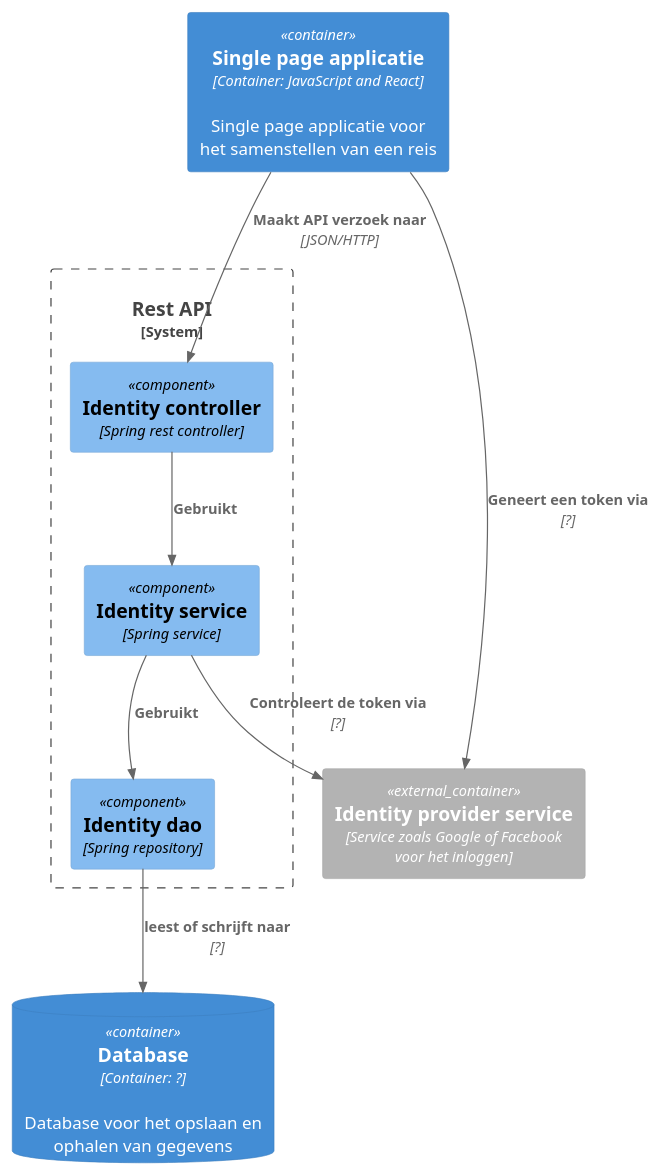
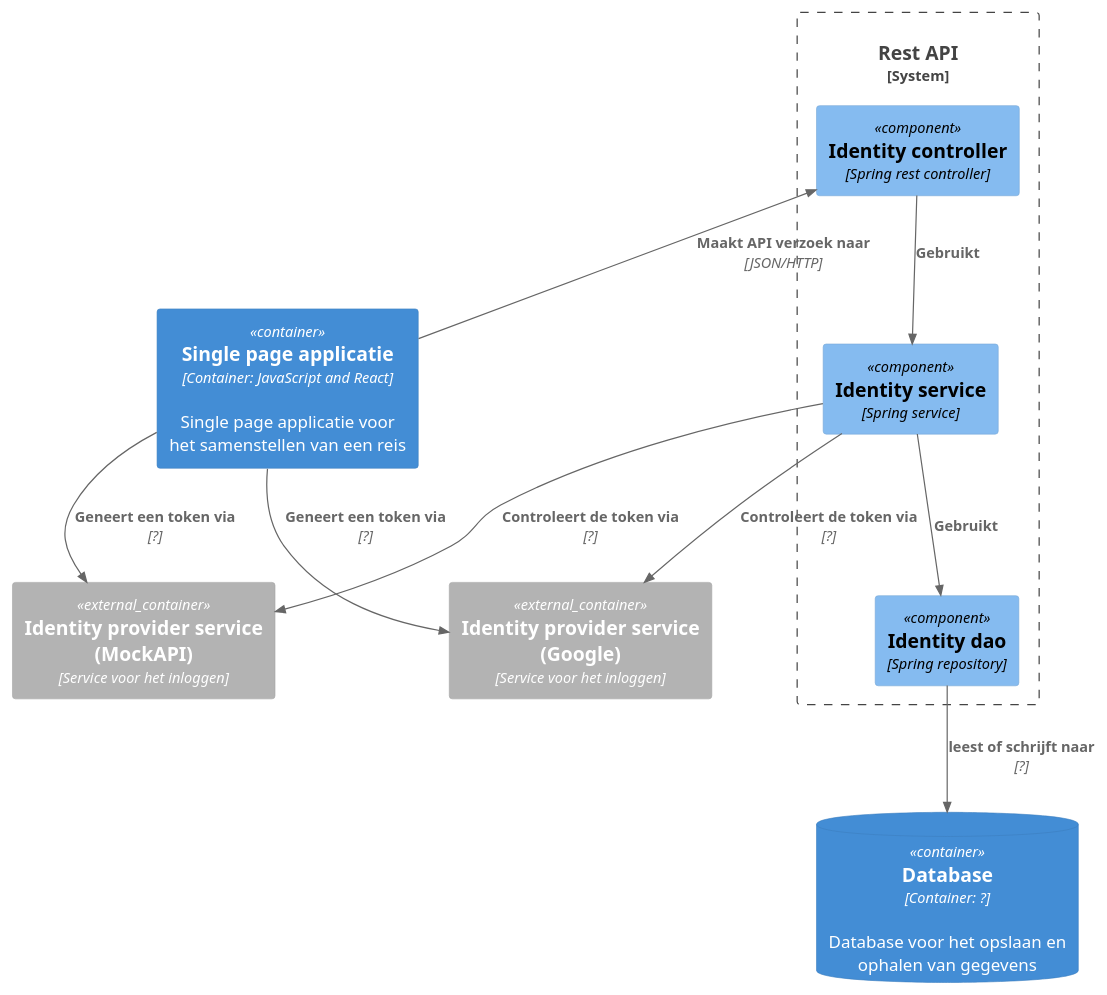
The diagram in opdracht-diagrammen/Les3-component.puml (AIM-ENE-feb25/triptop-de-broederbond-fgs), drawn with PlantUML before and after one commit. The commit also changed 3 other files, not shown here.

```diff
--- a/opdracht-diagrammen/Les3-component.puml
+++ b/opdracht-diagrammen/Les3-component.puml
@@ -1,27 +1,31 @@
 @startuml
 
 !include https://raw.githubusercontent.com/plantuml-stdlib/C4-PlantUML/master/C4_Component.puml
 
 
 Container(singlePageApp, "Single page applicatie", "Container: JavaScript and React", "Single page applicatie voor het samenstellen van een reis")
 
 System_Boundary(c1, "Rest API") {
 Component(identity_controller, "Identity controller", "Spring rest controller")
 Component(identity_service, "Identity service", "Spring service")
 Component(identity_dao, "Identity dao", "Spring repository")
 }
 
-Container_Ext(identityProviderService, "Identity provider service", "Service zoals Google of Facebook voor het inloggen")
+Container_Ext(identityProviderServiceGoogle, "Identity provider service (Google)", "Service voor het inloggen")
+Container_Ext(identityProviderServiceMockAPI, "Identity provider service (MockAPI)", "Service voor het inloggen")
+
 ContainerDb(database, "Database", "Container: ?", "Database voor het opslaan en ophalen van gegevens")
 
 
 Rel(singlePageApp, identity_controller, "Maakt API verzoek naar", "JSON/HTTP")
 Rel(identity_controller, identity_service, "Gebruikt")
 Rel(identity_service, identity_dao, "Gebruikt")
 
 
-Rel(singlePageApp, identityProviderService, "Geneert een token via", "?")
-Rel(identity_service, identityProviderService, "Controleert de token via", "?")
+Rel(singlePageApp, identityProviderServiceGoogle, "Geneert een token via", "?")
+Rel(identity_service, identityProviderServiceGoogle, "Controleert de token via", "?")
+Rel(singlePageApp, identityProviderServiceMockAPI, "Geneert een token via", "?")
+Rel(identity_service, identityProviderServiceMockAPI, "Controleert de token via", "?")
 Rel(identity_dao, database, "leest of schrijft naar", "?")
 
 @enduml
```
